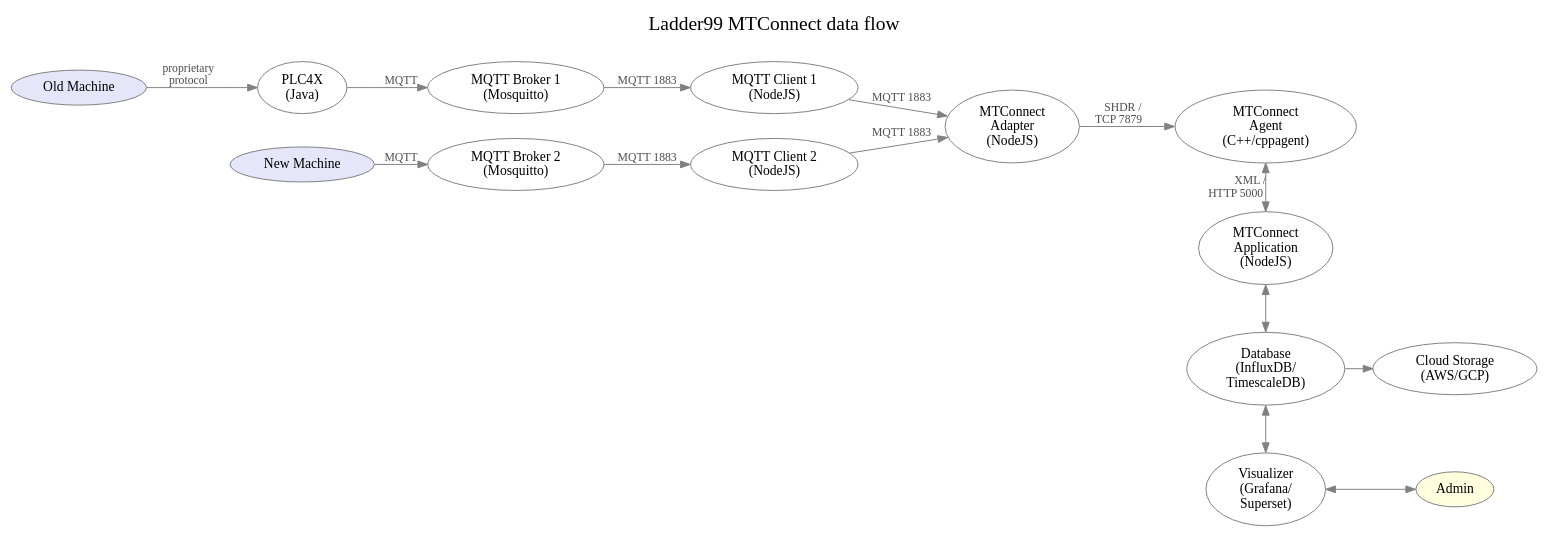
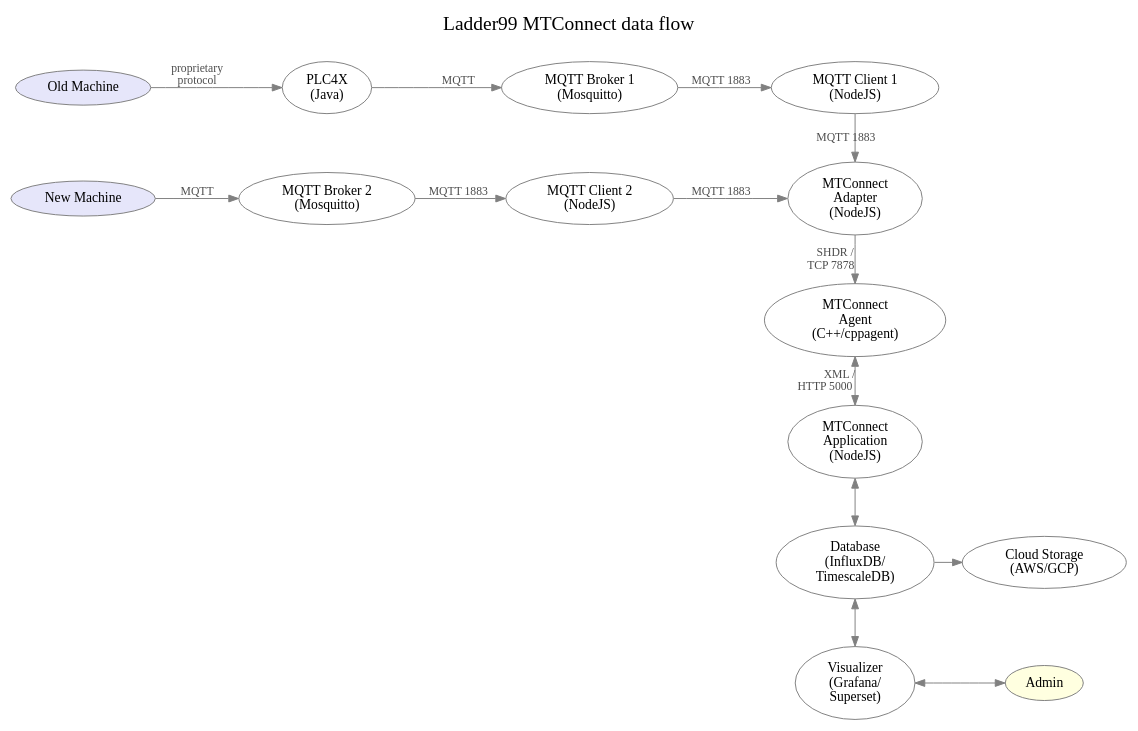
Before and after one commit to Ladder99/ladder99: the diagram in docs/architecture.dot, drawn with Graphviz. The commit also changed 1 other file, not shown here.

```diff
--- a/docs/architecture.dot
+++ b/docs/architecture.dot
@@ -1,74 +1,74 @@
 digraph "ladder99-adapter" {
 
   // styles
   graph [ label="Ladder99 MTConnect data flow\n "; color=lightgray; ];
   graph [ fontsize=20 ];
   graph [ labelloc=t ];
   graph [ ranksep=0.2 ];
   graph [ nodesep=0.35 ];
   graph [ rankdir=LR; ] // left-to-right
   node [ color=gray; fillcolor=white; style=filled ];
   edge [ color=gray ];
   edge [ fontsize=12; fontcolor=gray30; ];
 
   // nodes
   OldMachine [ fillcolor=lavender; label="Old Machine" ];
   NewMachine [ fillcolor=lavender; label="New Machine" ];
   PLC4X [ label="PLC4X\n(Java)" ];
   Broker1 [ label="MQTT Broker 1\n(Mosquitto)" ];
   Broker2 [ label="MQTT Broker 2\n(Mosquitto)" ];
   Client1 [ label="MQTT Client 1\n(NodeJS)" ];
   Client2 [ label="MQTT Client 2\n(NodeJS)" ];
   Adapter [ label="MTConnect\nAdapter\n(NodeJS)" ];
   // Device1Sheet [ fillcolor=greenyellow; label="device1.sheet" ];
   // Device1Yaml [ fillcolor=greenyellow; label="device1.yaml" ];
   // Device1Js [ label="device1.js" ];
   // Device2Sheet [ fillcolor=greenyellow; label="device2.sheet" ];
   // Device2Yaml [ fillcolor=greenyellow; label="device2.yaml" ];
   // Device2Js [ label="device2.js" ];
   // DiodeSender [ label="Diode Sender\n(Java+RabbitMQ)" ];
   // DiodeReceiver [ label="Diode Receiver\n(Java+RabbitMQ)" ];
   // DevicesXml [ label="devices.xml" ];
   Agent [ label="MTConnect\nAgent\n(C++/cppagent)" ];
   Application [ label="MTConnect\nApplication\n(NodeJS)" ];
   Database [ label="Database\n(InfluxDB/\nTimescaleDB)" ];
   Visualizer [ label="Visualizer\n(Grafana/\nSuperset)" ];
   Cloud [ label="Cloud Storage\n(AWS/GCP)" ];
   Admin [ fillcolor=lightyellow ];
   // LOI [ label="LOI\n(SvelteJS)" ];
   // Operator [ fillcolor=lightyellow ];
 
   // edges
   OldMachine -> PLC4X [ label="proprietary\nprotocol" ];
   PLC4X -> Broker1 [ label="MQTT" ];
   NewMachine -> Broker2 [ label="MQTT" ];
   Broker1 -> Client1 [ label="MQTT 1883" ];
   Broker2 -> Client2 [ label="MQTT 1883" ];
   Client1 -> Adapter [ label="MQTT 1883" ];
   Client2 -> Adapter [ label="MQTT 1883" ];
-  Adapter -> Agent [ label="SHDR /   \nTCP 7879      " ];
+  Adapter -> Agent [ label="SHDR /   \nTCP 7878      " ];
   // Device1Sheet -> Device1Yaml [ label="feeds into" ];
   // Device1Yaml -> Device1Js [ label="generates" ];
   // Device1Js -> Client1 [ label="used by" ];
   // Device2Sheet -> Device2Yaml [ label="feeds into" ];
   // Device2Yaml -> Device2Js [ label="generates" ];
   // Device2Js -> Client2 [ label="used by" ];
   // Device1Yaml -> DevicesXml [ label="generates" ];
   // Device2Yaml -> DevicesXml [ label="generates" ];
   // DiodeSender -> DiodeReceiver [ label="UDP    " ];
   // DiodeReceiver -> Agent [ label="SHDR /    \nTCP 7878        " ];
   // Adapter -> Agent [ label="SHDR/\nTCP 7878" ];
   // DevicesXml -> Agent [ label="used by" ];
   Agent -> Application [ dir=both; label="XML / \nHTTP 5000          " ];
   Application -> Database [ dir=both ];
   Database -> Visualizer [ dir=both ];
   Database -> Cloud;
   Visualizer -> Admin [ dir=both ];
   // Application -> LOI;
   // LOI -> Operator;
 
   // rank
   // { rank=same; DiodeSender DiodeReceiver Agent Application Database Visualizer };
-  { rank=same; Agent Application Database Visualizer };
+  { rank=same; Client1 Adapter Agent Application Database Visualizer };
   { rank=same; Cloud Admin };
 }
```
